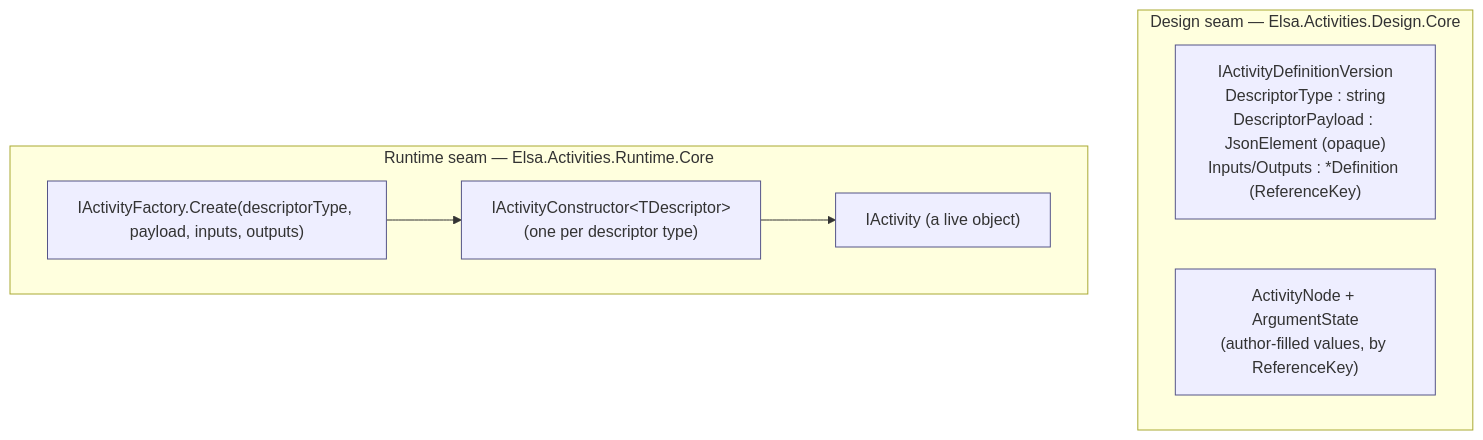
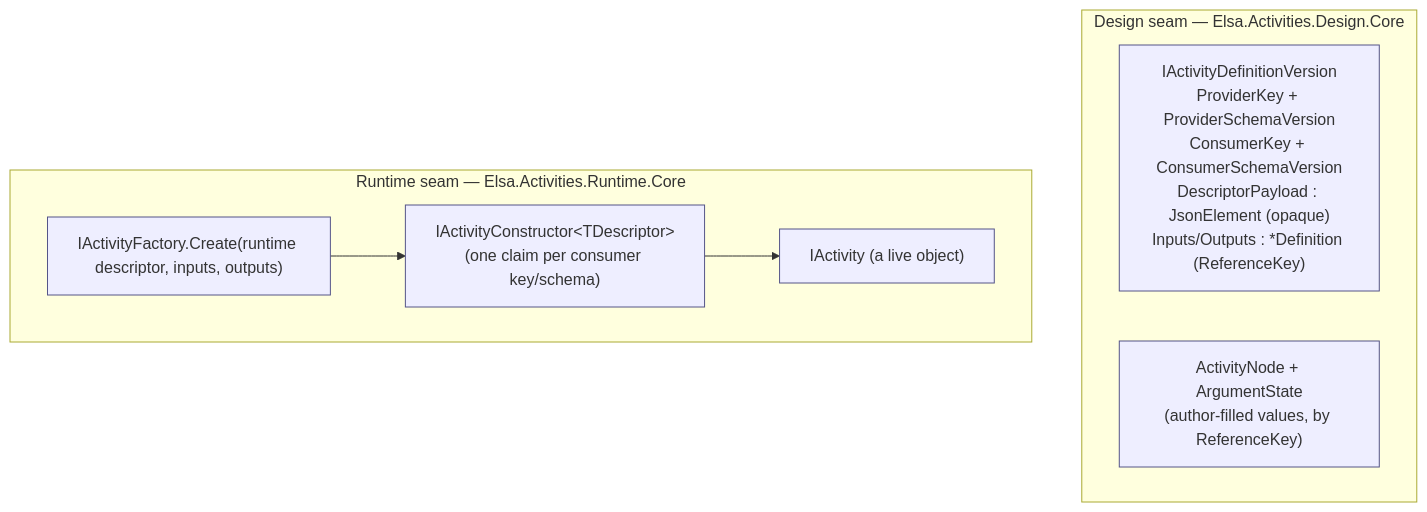
The second of 4 diagrams in docs/seams.md (elsa-workflows/elsa-foundation), drawn with Mermaid before and after one commit. The commit also changed other lines of this file and 309 other files, not shown here.

````diff
--- a/docs/seams.md
+++ b/docs/seams.md
@@ -61,15 +61,15 @@
 ```mermaid
 flowchart TB
     subgraph Design["Design seam — Elsa.Activities.Design.Core"]
-        ADV["IActivityDefinitionVersion<br/>DescriptorType : string<br/>DescriptorPayload : JsonElement (opaque)<br/>Inputs/Outputs : *Definition (ReferenceKey)"]
+        ADV["IActivityDefinitionVersion<br/>ProviderKey + ProviderSchemaVersion<br/>ConsumerKey + ConsumerSchemaVersion<br/>DescriptorPayload : JsonElement (opaque)<br/>Inputs/Outputs : *Definition (ReferenceKey)"]
         NODE["ActivityNode + ArgumentState<br/>(author-filled values, by ReferenceKey)"]
     end
     subgraph Runtime["Runtime seam — Elsa.Activities.Runtime.Core"]
-        FAC["IActivityFactory.Create(descriptorType, payload, inputs, outputs)"]
-        CON["IActivityConstructor&lt;TDescriptor&gt;<br/>(one per descriptor type)"]
+        FAC["IActivityFactory.Create(runtime descriptor, inputs, outputs)"]
+        CON["IActivityConstructor&lt;TDescriptor&gt;<br/>(one claim per consumer key/schema)"]
         ACT["IActivity (a live object)"]
         FAC --> CON --> ACT
     end
     classDef seam fill:#eef,stroke:#558;
     class ADV,NODE,FAC,CON,ACT seam;
 ```
````
